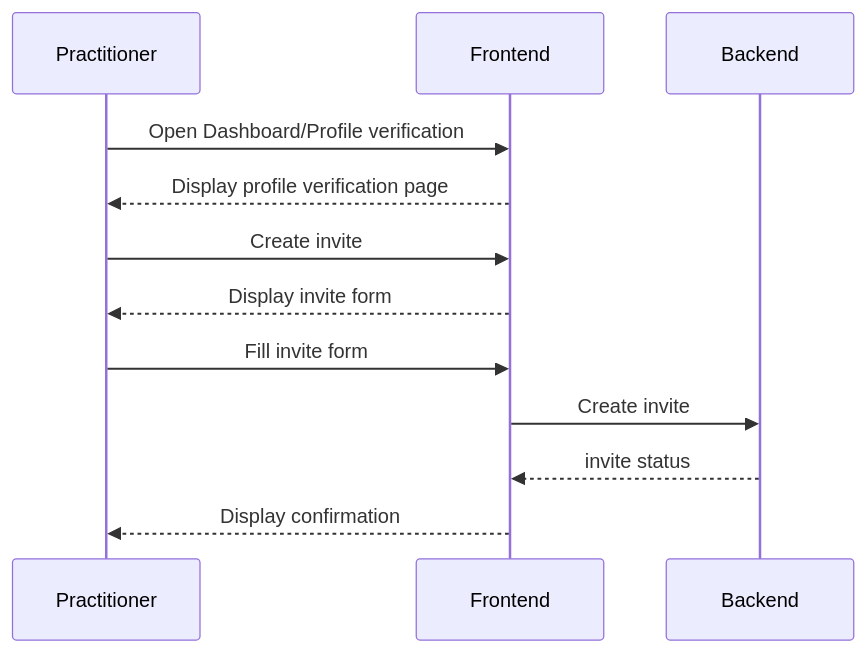
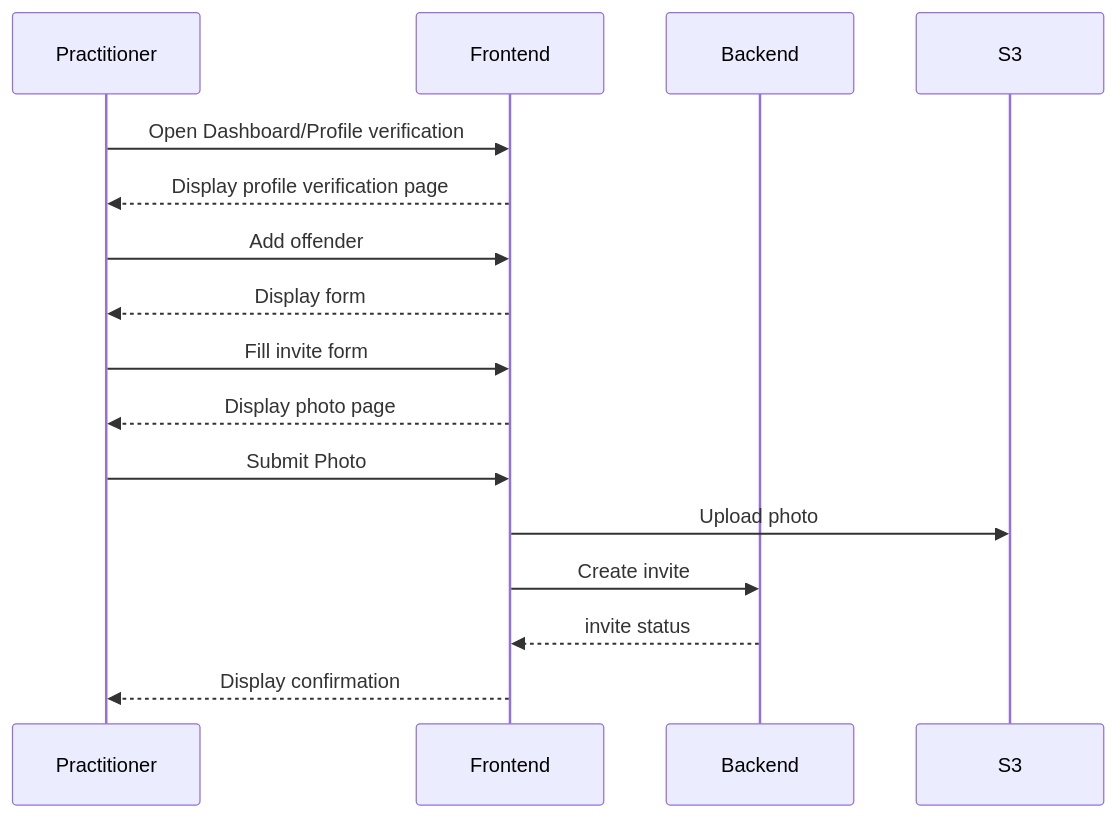
The first of 2 diagrams in docs/interactions.md (ministryofjustice/hmpps-esupervision-api), drawn with Mermaid before and after one commit. The commit also changed other lines of this file, not shown here.

Commit message:
interactions diagram update

````diff
--- a/docs/interactions.md
+++ b/docs/interactions.md
@@ -11,15 +12,19 @@
 ```mermaid
 sequenceDiagram
     participant Practitioner
     participant Frontend
     participant Backend
+    participant S3
         
     Practitioner->>Frontend: Open Dashboard/Profile verification
     Frontend-->>Practitioner: Display profile verification page
-    Practitioner->>Frontend: Create invite
-    Frontend-->>Practitioner: Display invite form
+    Practitioner->>Frontend: Add offender
+    Frontend-->>Practitioner: Display form
     Practitioner->>Frontend: Fill invite form
+    Frontend-->>Practitioner: Display photo page
+    Practitioner->>Frontend: Submit Photo
+    Frontend->>S3: Upload photo
     Frontend->>Backend: Create invite 
     Backend-->>Frontend: invite status
     Frontend-->>Practitioner: Display confirmation
 ```
````
